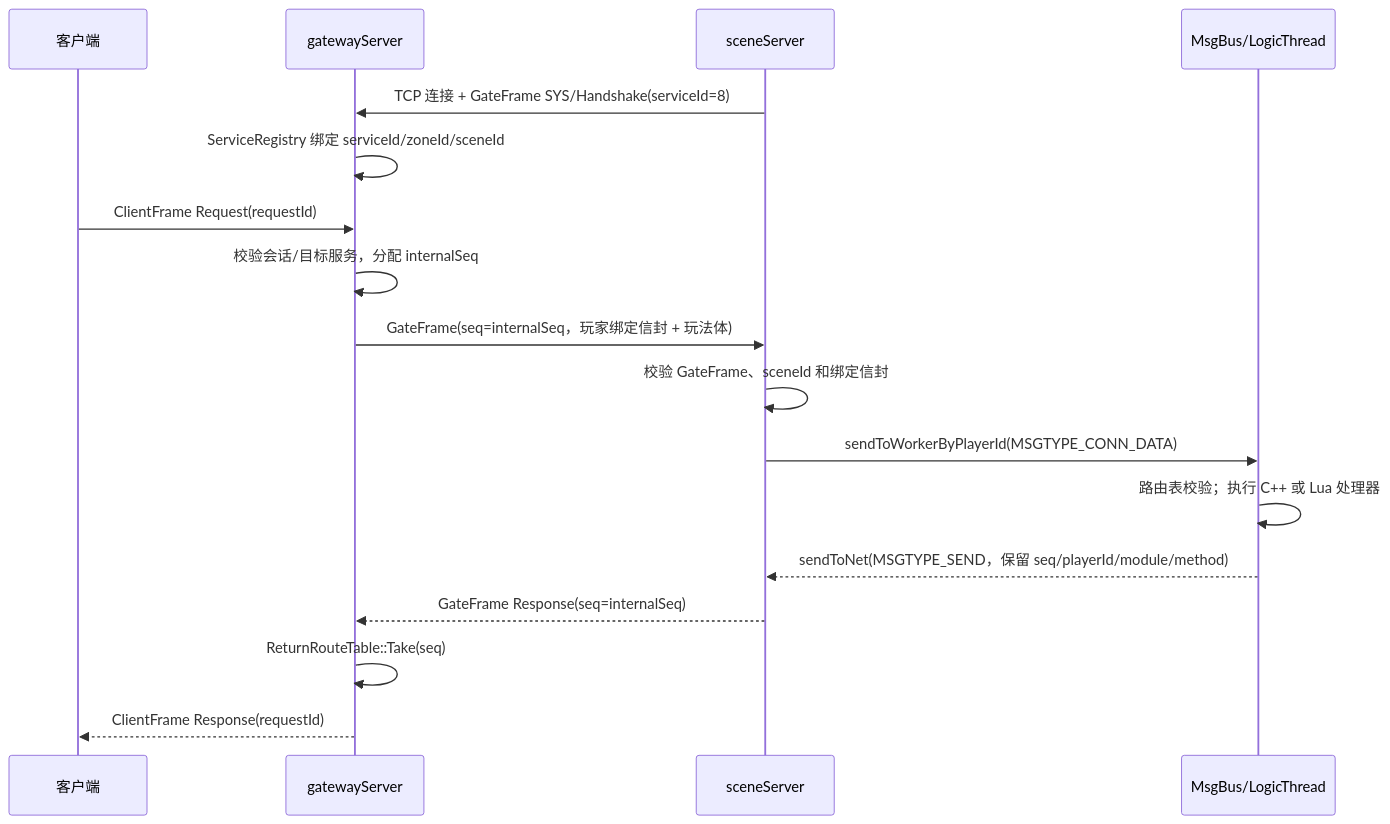
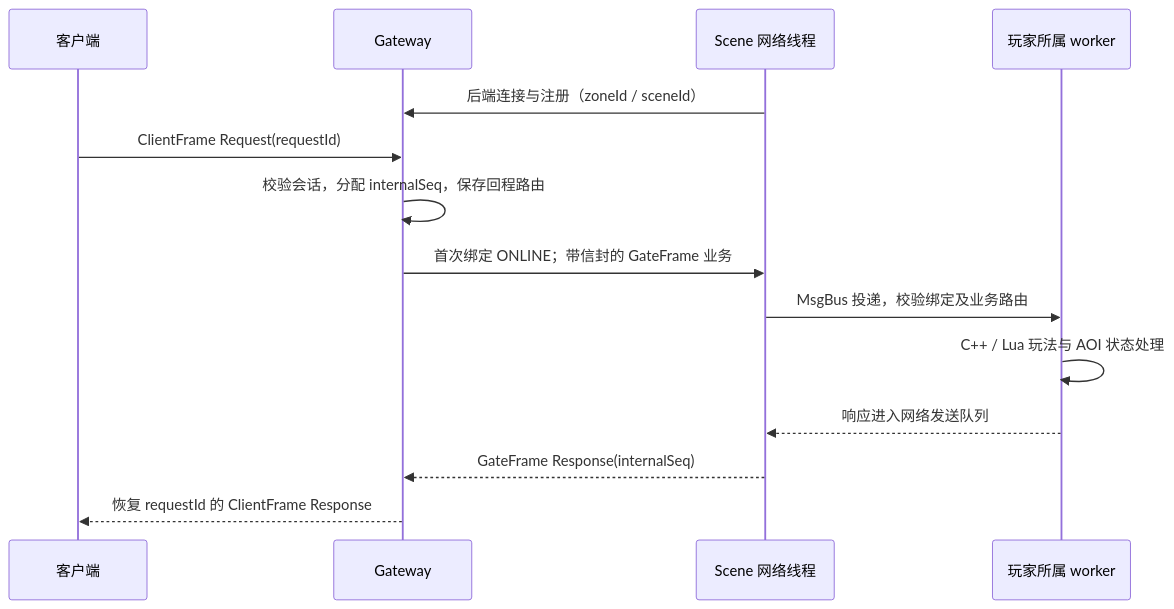
One commit to MuQingCi/MMORPG-GameServer changed the diagram in README.md. Above: the diagram before and after it, drawn with Mermaid. The commit also changed other lines of this file, not shown here.

````diff
--- a/README.md
+++ b/README.md
@@ -53,20 +45,16 @@
 ```mermaid
 sequenceDiagram
     participant C as 客户端
-    participant G as gatewayServer
-    participant S as sceneServer
-    participant B as MsgBus/LogicThread
-
-    S->>G: TCP 连接 + GateFrame SYS/Handshake(serviceId=8)
-    G->>G: ServiceRegistry 绑定 serviceId/zoneId/sceneId
+    participant G as Gateway
+    participant S as Scene 网络线程
+    participant W as 玩家所属 worker
+    S->>G: 后端连接与注册（zoneId / sceneId）
     C->>G: ClientFrame Request(requestId)
-    G->>G: 校验会话/目标服务，分配 internalSeq
-    G->>S: GateFrame(seq=internalSeq，玩家绑定信封 + 玩法体)
-    S->>S: 校验 GateFrame、sceneId 和绑定信封
-    S->>B: sendToWorkerByPlayerId(MSGTYPE_CONN_DATA)
-    B->>B: 路由表校验；执行 C++ 或 Lua 处理器
-    B-->>S: sendToNet(MSGTYPE_SEND，保留 seq/playerId/module/method)
-    S-->>G: GateFrame Response(seq=internalSeq)
-    G->>G: ReturnRouteTable::Take(seq)
-    G-->>C: ClientFrame Response(requestId)
+    G->>G: 校验会话，分配 internalSeq，保存回程路由
+    G->>S: 首次绑定 ONLINE；带信封的 GateFrame 业务
+    S->>W: MsgBus 投递，校验绑定及业务路由
+    W->>W: C++ / Lua 玩法与 AOI 状态处理
+    W-->>S: 响应进入网络发送队列
+    S-->>G: GateFrame Response(internalSeq)
+    G-->>C: 恢复 requestId 的 ClientFrame Response
 ```
````
